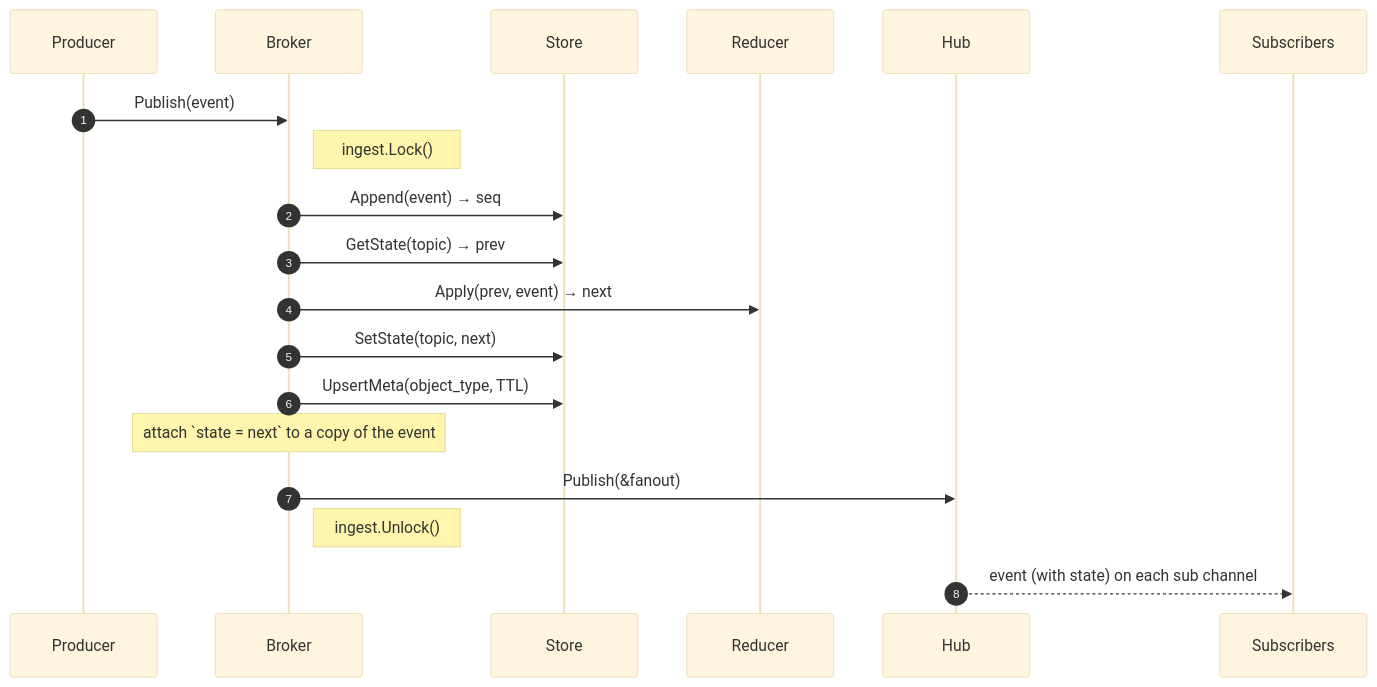
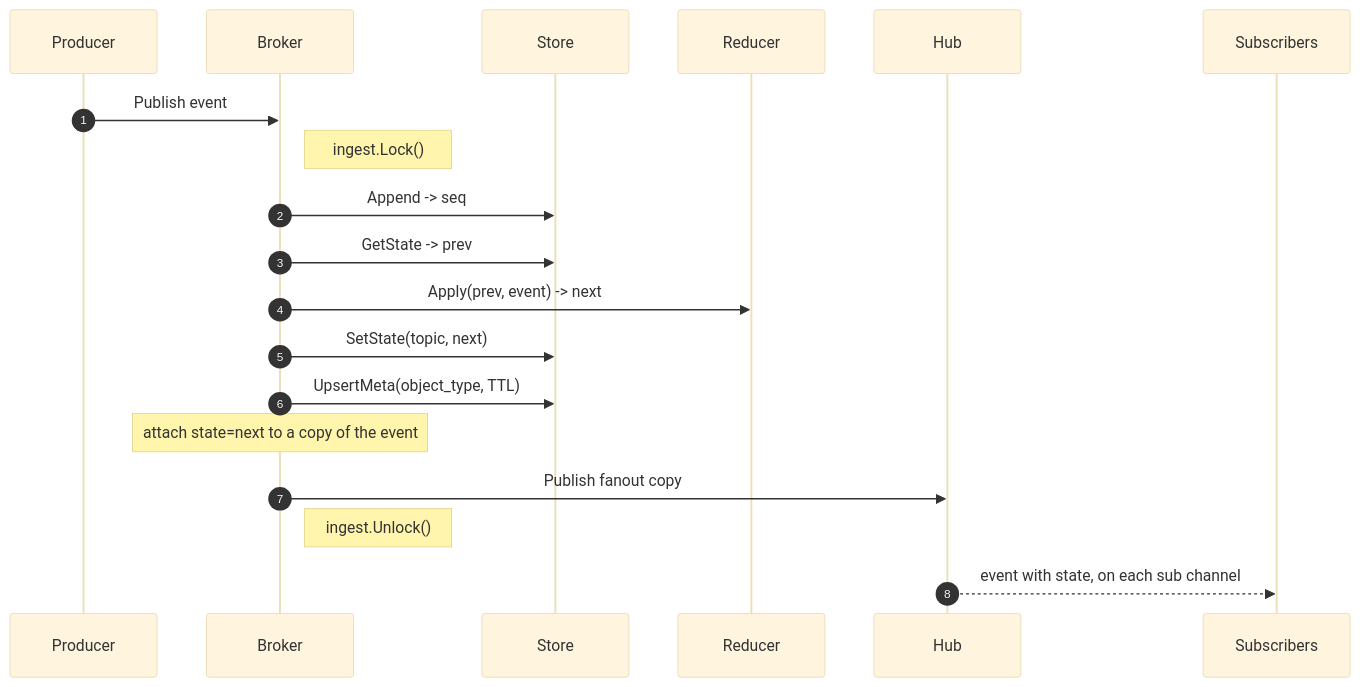
Before and after one commit to geekychris/event_watch: the second of 7 diagrams in docs/architecture.md, drawn with Mermaid (base theme). The commit also changed other lines of this file, not shown here.

First line of the commit message:
docs: fix mermaid parse errors in architecture.md

````diff
--- a/docs/architecture.md
+++ b/docs/architecture.md
@@ -69,22 +69,22 @@
 ```mermaid
 sequenceDiagram
     autonumber
     participant P as Producer
     participant BR as Broker
     participant ST as Store
     participant RD as Reducer
     participant HB as Hub
     participant SUB as Subscribers
 
-    P->>BR: Publish(event)
+    P->>BR: Publish event
     Note right of BR: ingest.Lock()
-    BR->>ST: Append(event) → seq
-    BR->>ST: GetState(topic) → prev
-    BR->>RD: Apply(prev, event) → next
+    BR->>ST: Append -> seq
+    BR->>ST: GetState -> prev
+    BR->>RD: Apply(prev, event) -> next
     BR->>ST: SetState(topic, next)
     BR->>ST: UpsertMeta(object_type, TTL)
-    Note over BR: attach `state = next` to a copy of the event
-    BR->>HB: Publish(&fanout)
+    Note over BR: attach state=next to a copy of the event
+    BR->>HB: Publish fanout copy
     Note right of BR: ingest.Unlock()
-    HB-->>SUB: event (with state) on each sub channel
+    HB-->>SUB: event with state, on each sub channel
 ```
````
